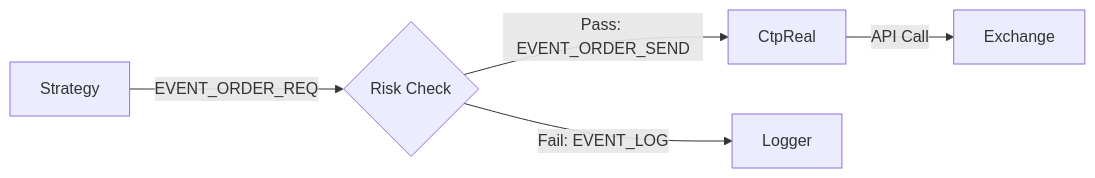
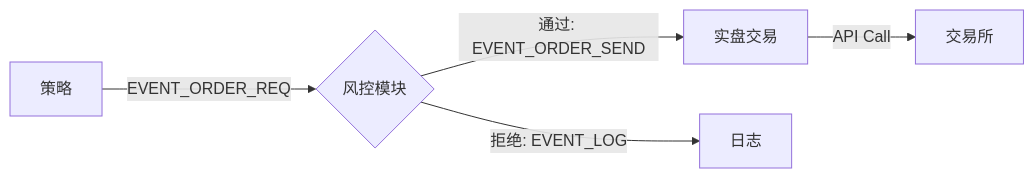
The second of 2 diagrams in hft_eb/docs/risk_design.md (Helloworld152/OmniQuant), drawn with Mermaid before and after one commit. The commit also changed other lines of this file and 13 other files, not shown here.

````diff
--- a/hft_eb/docs/risk_design.md
+++ b/hft_eb/docs/risk_design.md
@@ -16,8 +16,7 @@
 ```mermaid
 graph LR
-    Strategy -->|EVENT_ORDER_REQ| RiskModule
-    RiskModule{Risk Check}
-    RiskModule -->|Pass: EVENT_ORDER_SEND| CtpReal
-    RiskModule -->|Fail: EVENT_LOG| Logger
-    CtpReal -->|API Call| Exchange
+    Strategy["策略"] -->|EVENT_ORDER_REQ| RiskModule{"风控模块"}
+    RiskModule -->|"通过: EVENT_ORDER_SEND"| CtpReal["实盘交易"]
+    RiskModule -->|"拒绝: EVENT_LOG"| Logger["日志"]
+    CtpReal -->|"API Call"| Exchange["交易所"]
 ```
````
